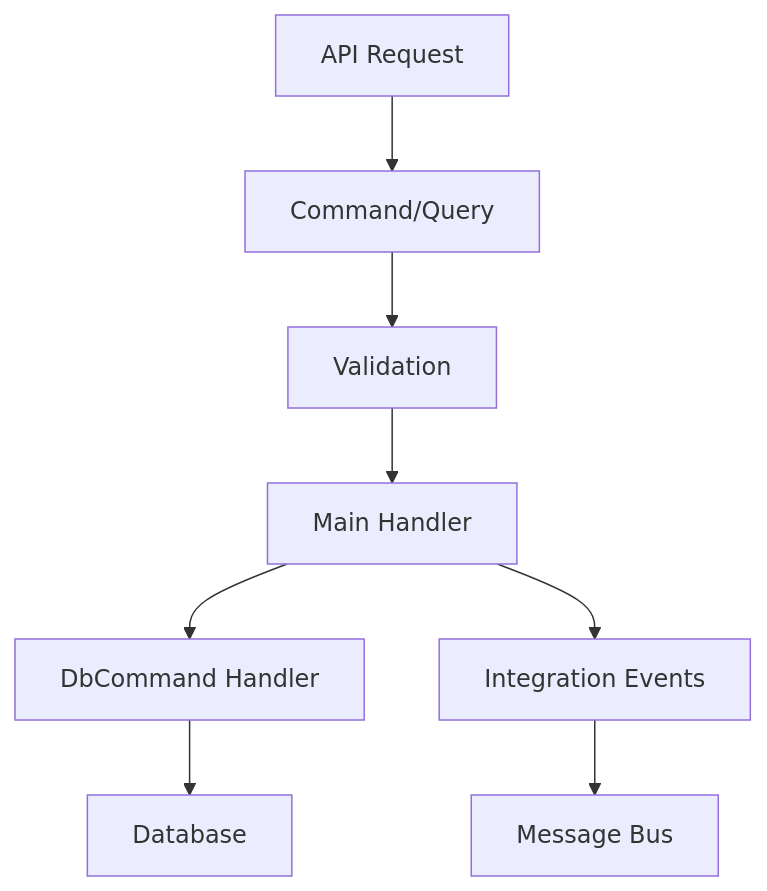
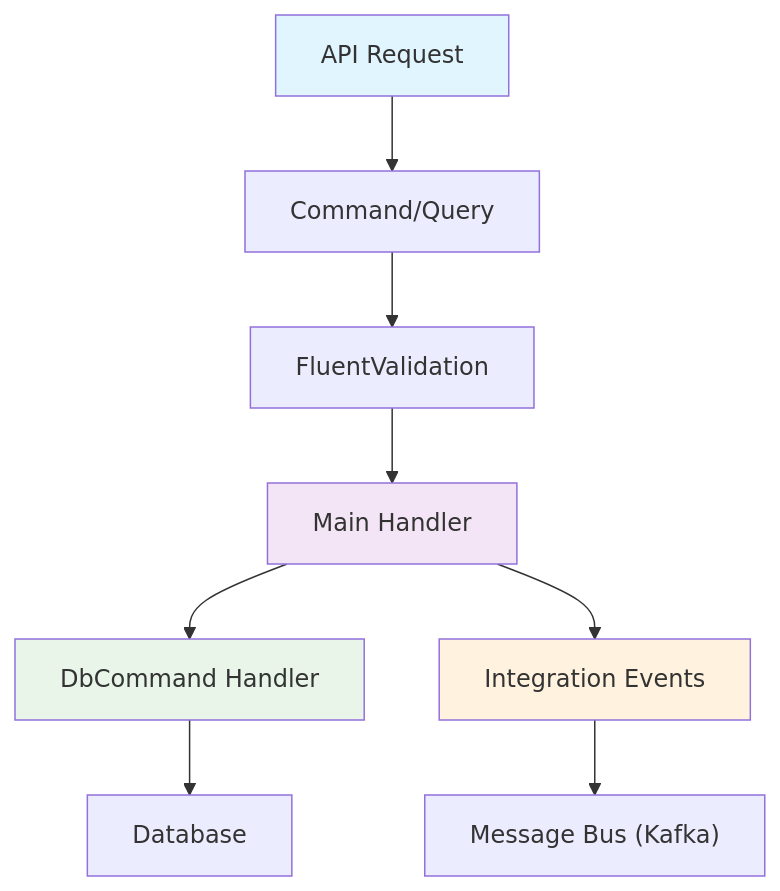
One commit to vgmello/momentum changed the diagram in libs/Momentum/docs/guide/cqrs/handlers.md. Above: the diagram before and after it, drawn with Mermaid. The commit also changed other lines of this file and 12 other files, not shown here.

````diff
--- a/libs/Momentum/docs/guide/cqrs/handlers.md
+++ b/libs/Momentum/docs/guide/cqrs/handlers.md
@@ -9,10 +17,15 @@
 ```mermaid
 graph TD
-    A[API Request] --> B[Command/Query]
-    B --> C[Validation]
-    C --> D[Main Handler]
-    D --> E[DbCommand Handler]
-    E --> F[Database]
-    D --> G[Integration Events]
-    G --> H[Message Bus]
+    A["API Request"] --> B["Command/Query"]
+    B --> C["FluentValidation"]
+    C --> D["Main Handler"]
+    D --> E["DbCommand Handler"]
+    E --> F["Database"]
+    D --> G["Integration Events"]
+    G --> H["Message Bus (Kafka)"]
+
+    style A fill:#e1f5fe
+    style D fill:#f3e5f5
+    style E fill:#e8f5e8
+    style G fill:#fff3e0
 ```
````
